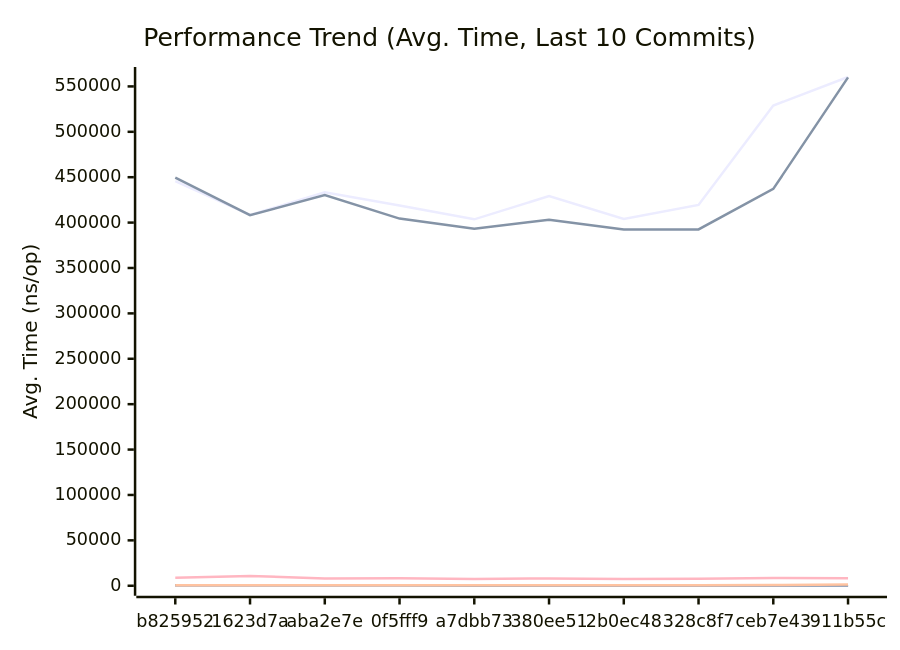
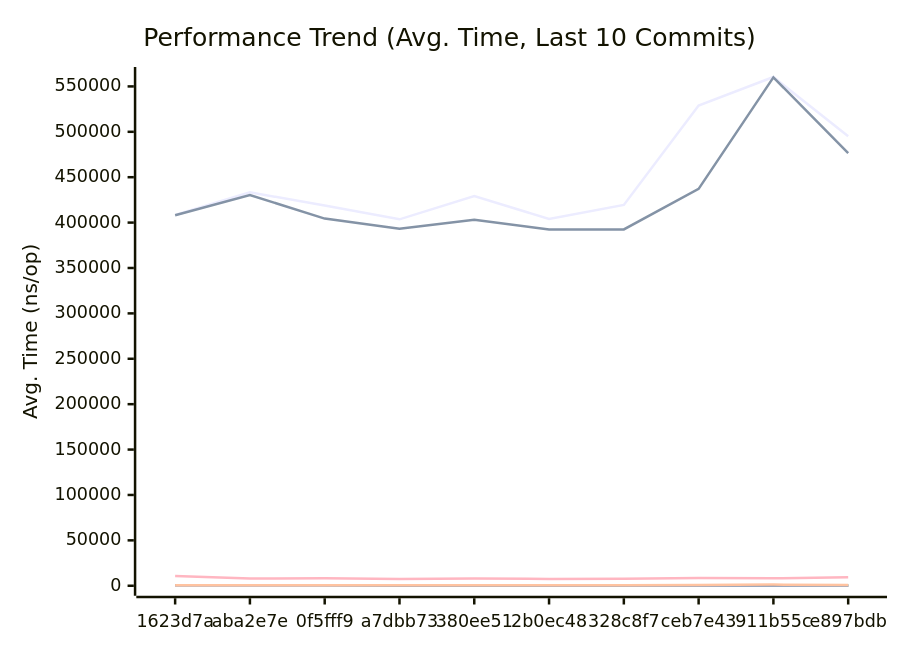
One commit to alsotoes/momo changed the first of 3 diagrams in docs/PERFORMANCE.md. Above: the diagram before and after it, drawn with Mermaid. The commit also changed other lines of this file and 3 other files, not shown here.

````diff
--- a/docs/PERFORMANCE.md
+++ b/docs/PERFORMANCE.md
@@ -145,20 +145,20 @@
 ```mermaid
 xychart-beta
     title "Performance Trend (Avg. Time, Last 10 Commits)"
     x-axis "Commit"
     y-axis "Avg. Time (ns/op)"
-    x-axis [b825952,1623d7a,aba2e7e,0f5fff9,a7dbb73,380ee51,2b0ec48,328c8f7,ceb7e43,911b55c]
-    line "AWSChunkedReaderSigned" [445617,408424,433346,418811,403588,429229,403967,419399,528932,560369]
-    line "AWSChunkedReaderUnsigned" [449617,408148,430389,404420,393243,403247,392414,392490,437150,559938]
-    line "CheckMetricsAndSwap" [8,9,8,8,7,9,7,7,9,12]
-    line "CrushOptimized" [358,356,303,301,284,301,316,290,369,320]
-    line "CrushOriginal" [441,568,411,382,396,423,386,392,431,406]
+    x-axis [1623d7a,aba2e7e,0f5fff9,a7dbb73,380ee51,2b0ec48,328c8f7,ceb7e43,911b55c,e897bdb]
+    line "AWSChunkedReaderSigned" [408424,433346,418811,403588,429229,403967,419399,528932,560369,495010]
+    line "AWSChunkedReaderUnsigned" [408148,430389,404420,393243,403247,392414,392490,437150,559938,476646]
+    line "CheckMetricsAndSwap" [9,8,8,7,9,7,7,9,12,10]
+    line "CrushOptimized" [356,303,301,284,301,316,290,369,320,353]
+    line "CrushOriginal" [568,411,382,396,423,386,392,431,406,535]
     line "IndexDirectTracking" [0,0,0,0,0,0,0,0,0,0]
-    line "IndexSearch" [1,2,2,2,3,3,3,3,3,3]
-    line "LoadGlobalConfig" [8718,10767,8040,8190,7563,7976,7514,7727,8630,8163]
-    line "PadString" [44,55,40,53,37,39,38,39,42,39]
+    line "IndexSearch" [2,2,2,3,3,3,3,3,3,3]
+    line "LoadGlobalConfig" [10767,8040,8190,7563,7976,7514,7727,8630,8163,9243]
+    line "PadString" [55,40,53,37,39,38,39,42,39,46]
     line "ParseReplicationOrder_NoPrealloc" [350,349,357,354,345,225,229,165,232,234]
     line "ParseReplicationOrder_Prealloc" [229,231,237,234,229,108,107,80,110,109]
-    line "SanitizeLog/Safe" [419,499,416,418,222,229,221,212,221,218]
-    line "SanitizeLog/Unsafe" [602,485,511,532,643,668,634,643,707,1259]
+    line "SanitizeLog/Safe" [499,416,418,222,229,221,212,221,218,262]
+    line "SanitizeLog/Unsafe" [485,511,532,643,668,634,643,707,1259,759]
 ```
````
